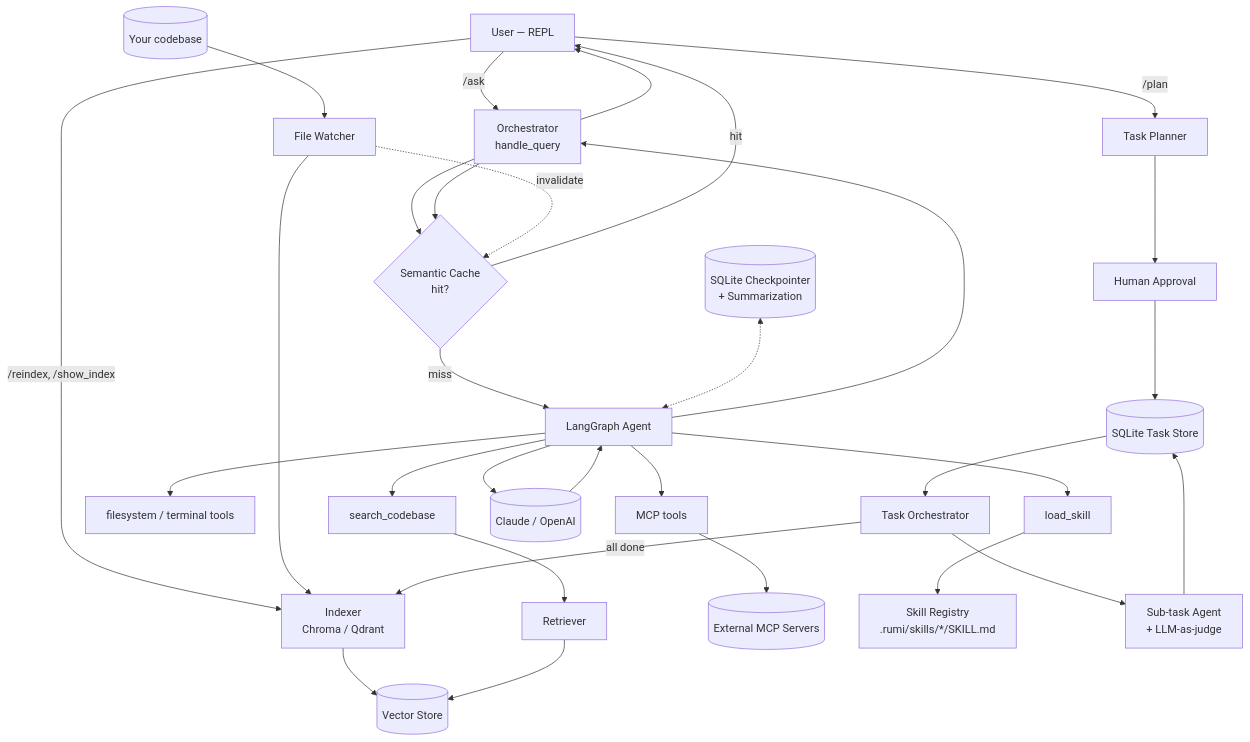
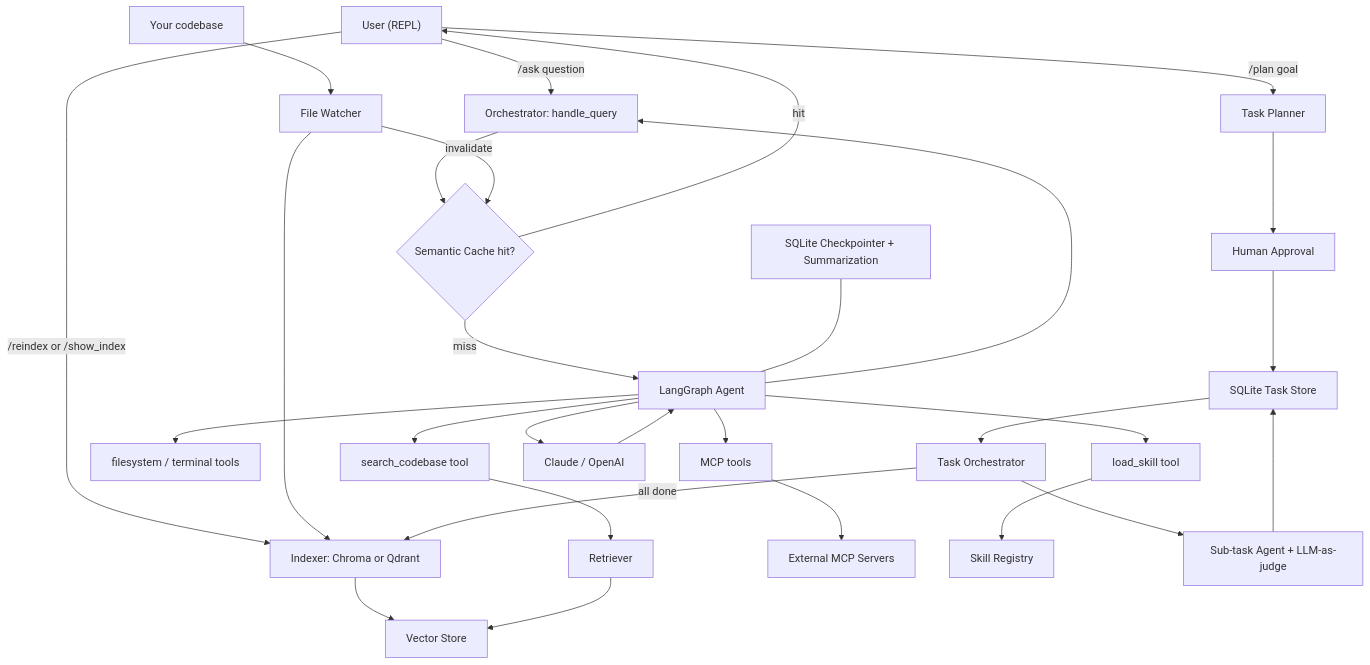
The diagram in README.md (leninathikam/RUMI---An-agentic-RAG-system-for-codebases), drawn with Mermaid before and after one commit.

Commit message:
Fix Mermaid diagram syntax for GitHub rendering

````diff
--- a/README.md
+++ b/README.md
@@ -31,32 +31,38 @@
 ```mermaid
 flowchart TD
-    U[User — REPL] -->|"/ask <question>"| ORC[Orchestrator<br/>handle_query]
-    U -->|"/plan <goal>"| PLN[Task Planner]
-    U -->|"/reindex, /show_index"| IDX
-    FS[(Your codebase)] --> WATCH[File Watcher] --> IDX[Indexer<br/>Chroma / Qdrant]
-    IDX --> VS[(Vector Store)]
+    U["User (REPL)"] -->|"/ask question"| ORC["Orchestrator: handle_query"]
+    U -->|"/plan goal"| PLN["Task Planner"]
+    U -->|"/reindex or /show_index"| IDX
 
-    ORC --> CACHE{Semantic Cache<br/>hit?}
-    CACHE -- hit --> U
-    CACHE -- miss --> AGENT[LangGraph Agent]
+    FS["Your codebase"] --> WATCH["File Watcher"]
+    WATCH --> IDX["Indexer: Chroma or Qdrant"]
+    IDX --> VS["Vector Store"]
 
-    AGENT --> T1[search_codebase] --> RET[Retriever] --> VS
-    AGENT --> T2[filesystem / terminal tools]
-    AGENT --> T3[MCP tools] --> MCP[(External MCP Servers)]
-    AGENT --> T4[load_skill] --> SKR[Skill Registry<br/>.rumi/skills/*/SKILL.md]
-    AGENT --> LLM[(Claude / OpenAI)]
+    ORC --> CACHE{"Semantic Cache hit?"}
+    CACHE -->|hit| U
+    CACHE -->|miss| AGENT["LangGraph Agent"]
+
+    AGENT --> T1["search_codebase tool"]
+    T1 --> RET["Retriever"]
+    RET --> VS
+
+    AGENT --> T2["filesystem / terminal tools"]
+    AGENT --> T3["MCP tools"]
+    T3 --> MCP["External MCP Servers"]
+    AGENT --> T4["load_skill tool"]
+    T4 --> SKR["Skill Registry"]
+    AGENT --> LLM["Claude / OpenAI"]
     LLM --> AGENT
-    AGENT --> ORC --> CACHE
-    ORC --> U
+    AGENT --> ORC
 
-    MEM[(SQLite Checkpointer<br/>+ Summarization)] <-.-> AGENT
+    MEM["SQLite Checkpointer + Summarization"] --- AGENT
 
-    PLN --> APR[Human Approval]
-    APR --> STORE[(SQLite Task Store)]
-    STORE --> TORC[Task Orchestrator]
-    TORC --> EXEC[Sub-task Agent<br/>+ LLM-as-judge]
+    PLN --> APR["Human Approval"]
+    APR --> STORE["SQLite Task Store"]
+    STORE --> TORC["Task Orchestrator"]
+    TORC --> EXEC["Sub-task Agent + LLM-as-judge"]
     EXEC --> STORE
     TORC -->|all done| IDX
 
-    WATCH -.invalidate.-> CACHE
+    WATCH -->|invalidate| CACHE
 ```
````
